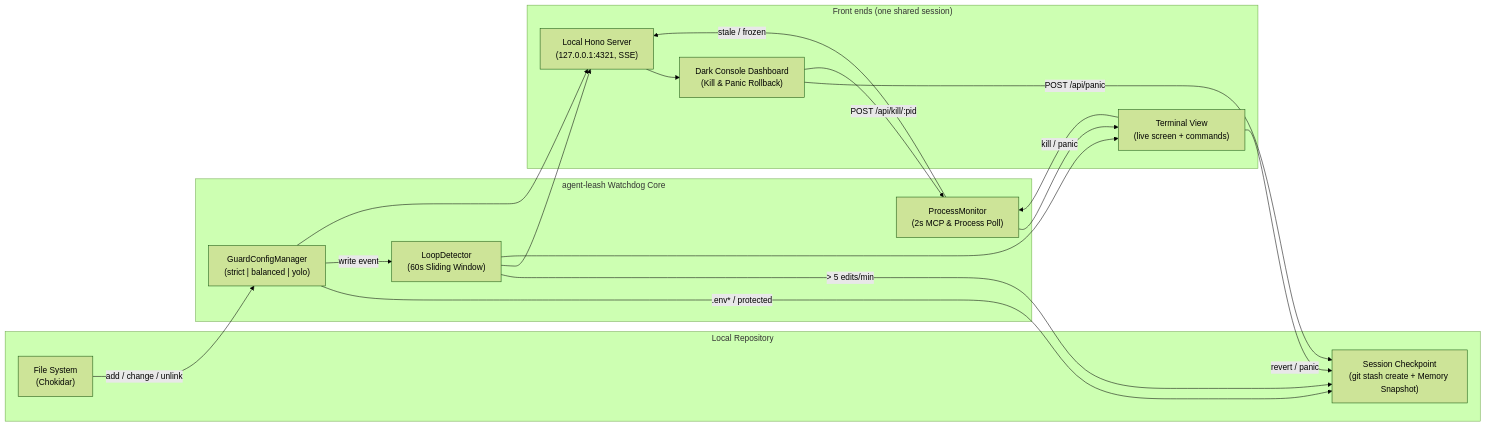
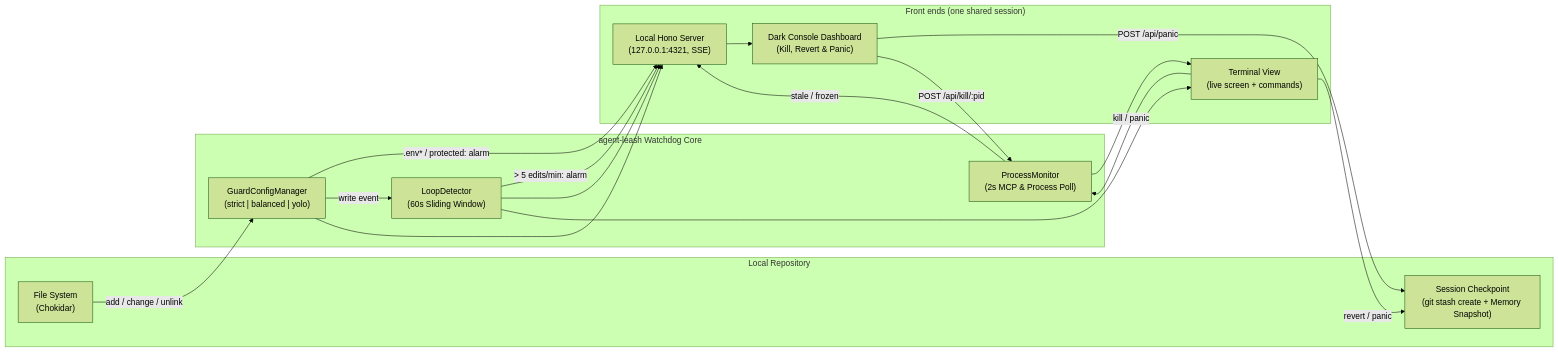
The diagram in README.md (uwejettkant/strayps), drawn with Mermaid (forest theme) before and after one commit. The commit also changed other lines of this file and 20 other files, not shown here.

````diff
--- a/README.md
+++ b/README.md
@@ -109,34 +108,34 @@
 ```mermaid
 flowchart LR
   subgraph Repo["Local Repository"]
     FS["File System\n(Chokidar)"]
     GIT["Session Checkpoint\n(git stash create + Memory Snapshot)"]
   end
 
   subgraph Core["agent-leash Watchdog Core"]
     CFG["GuardConfigManager\n(strict | balanced | yolo)"]
     LOOP["LoopDetector\n(60s Sliding Window)"]
     PROC["ProcessMonitor\n(2s MCP & Process Poll)"]
   end
 
   subgraph UI["Front ends (one shared session)"]
     TUI["Terminal View\n(live screen + commands)"]
     SSE["Local Hono Server\n(127.0.0.1:4321, SSE)"]
-    DASH["Dark Console Dashboard\n(Kill & Panic Rollback)"]
+    DASH["Dark Console Dashboard\n(Kill, Revert & Panic)"]
   end
 
   FS -->|add / change / unlink| CFG
-  CFG -->|".env* / protected"| GIT
+  CFG -->|".env* / protected: alarm"| SSE
   CFG -->|write event| LOOP
-  LOOP -->|"> 5 edits/min"| GIT
+  LOOP -->|"> 5 edits/min: alarm"| SSE
   PROC -->|"stale / frozen"| SSE
   LOOP --> SSE
   CFG --> SSE
   LOOP --> TUI
   PROC --> TUI
   SSE --> DASH
   DASH -->|"POST /api/panic"| GIT
   DASH -->|"POST /api/kill/:pid"| PROC
   TUI -->|"revert / panic"| GIT
   TUI -->|"kill / panic"| PROC
 ```
````
